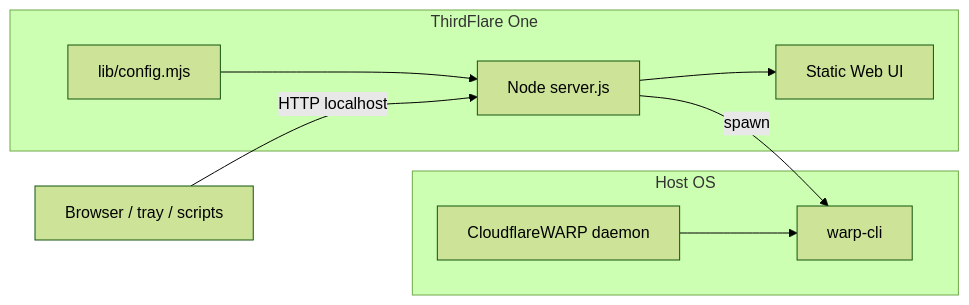
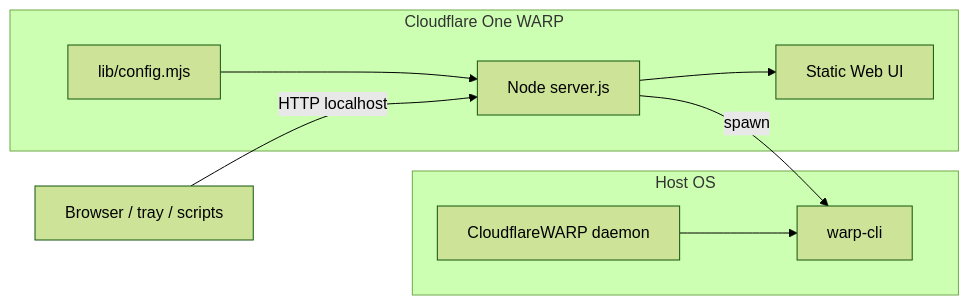
The diagram in docs/ARCHITECTURE.md (bodencrouch/cloudflare-one-warp), drawn with Mermaid (forest theme) before and after one commit. The commit also changed other lines of this file and 189 other files, not shown here.

First line of the commit message:
feat!: rename client and packages to Cloudflare One WARP

````diff
--- a/docs/ARCHITECTURE.md
+++ b/docs/ARCHITECTURE.md
@@ -9,19 +9,19 @@
 ```mermaid
 flowchart LR
   subgraph host [Host OS]
     WARP[CloudflareWARP daemon]
     CLI[warp-cli]
     WARP --> CLI
   end
 
-  subgraph thirdflare [ThirdFlare One]
+  subgraph cloudflare-one-warp [Cloudflare One WARP]
     SRV[Node server.js]
     CFG[lib/config.mjs]
     UI[Static Web UI]
     CFG --> SRV
     SRV --> UI
     SRV -->|spawn| CLI
   end
 
   Browser[Browser / tray / scripts] -->|HTTP localhost| SRV
 ```
````
